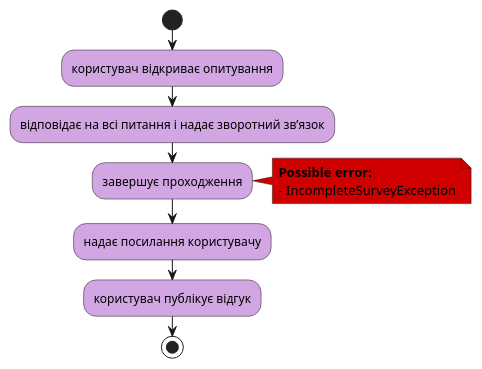
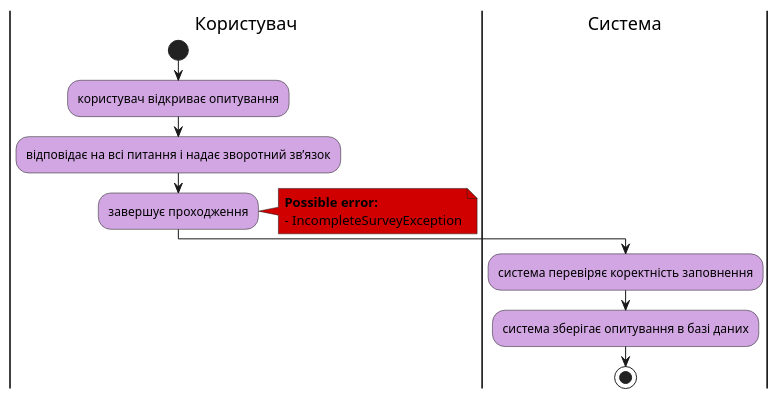
The seventh of 15 diagrams in docs/use cases/README.md (sunnytea0/db_labs_my), drawn with PlantUML before and after one commit. The commit also changed other lines of this file, not shown here.

```diff
--- a/docs/use cases/README.md
+++ b/docs/use cases/README.md
@@ -263,23 +260,21 @@
 @startuml
 
     skinparam ActivityBackgroundColor #d1a6e2
 
     |Користувач|
     start;
     :користувач відкриває опитування;
     :відповідає на всі питання і надає зворотний зв’язок;
     :завершує проходження;
     note right #D10000
     <b>Possible error:
     - IncompleteSurveyException
     end note
 
-
-    :надає посилання користувачу;
-
-    |Користувач|
-    :користувач публікує відгук;
+    |Система|
+    :система перевіряє коректність заповнення;
+    :система зберігає опитування в базі даних;
 
     stop;
 
 @enduml
```
